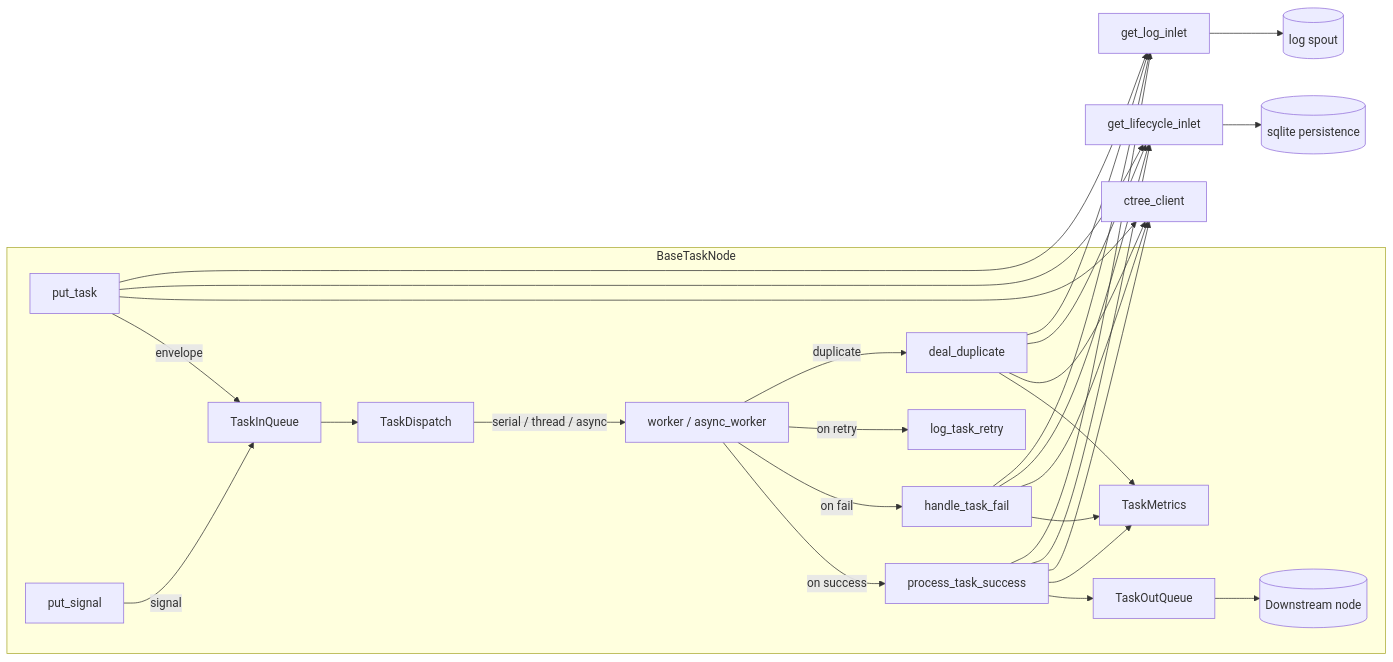
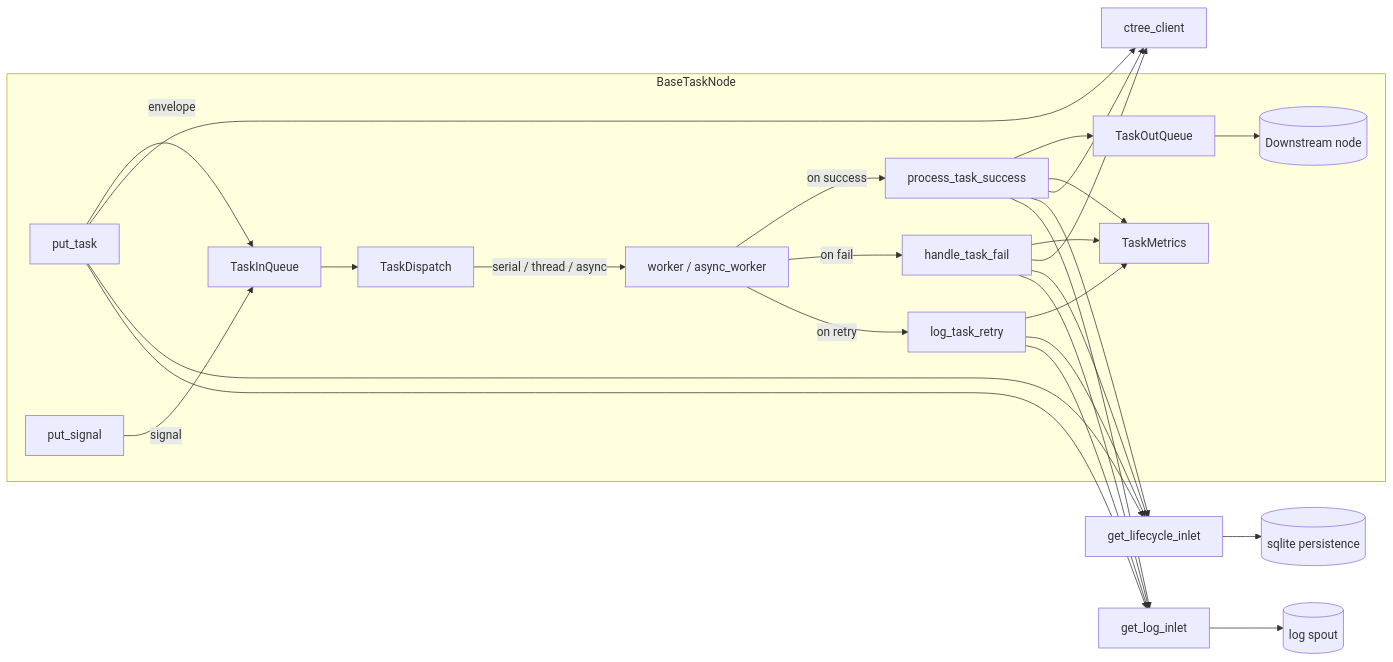
The second of 2 diagrams in docs/en/src/node/core_node.md (Mr-xiaotian/CelestialFlow), drawn with Mermaid before and after one commit. The commit also changed other lines of this file and 211 other files, not shown here.

````diff
--- a/docs/en/src/node/core_node.md
+++ b/docs/en/src/node/core_node.md
@@ -181,34 +200,32 @@
 ```mermaid
 flowchart LR
     subgraph "BaseTaskNode"
         PutTask[put_task] -->|envelope| TaskQueue[TaskInQueue]
         PutSignal[put_signal] -->|signal| TaskQueue
         TaskQueue --> Dispatch[TaskDispatch]
         Dispatch -->|serial / thread / async| Worker[worker / async_worker]
         Worker -->|on success| PTS[process_task_success]
         Worker -->|on fail| HTF[handle_task_fail]
         Worker -->|on retry| LTR[log_task_retry]
-        Worker -->|duplicate| DD[deal_duplicate]
-        PTS --> ResultQueue[TaskOutQueue]
-        ResultQueue --> Downstream[(Downstream node)]
+        PTS --> YieldQueue[TaskOutQueue]
+        YieldQueue --> Downstream[(Downstream node)]
         PTS --> Metrics[TaskMetrics]
         HTF --> Metrics
-        DD --> Metrics
+        LTR --> Metrics
     end
 
     PutTask --> CT[ctree_client]
     HTF --> CT
-    DD --> CT
     PTS --> CT
 
     PutTask --> LCI[get_lifecycle_inlet]
     PutTask --> GLI[get_log_inlet]
     PTS --> LCI
     PTS --> GLI
     HTF --> LCI
     HTF --> GLI
-    DD --> LCI
-    DD --> GLI
+    LTR --> LCI
+    LTR --> GLI
     LCI --> SQLite[(sqlite persistence)]
     GLI --> LogStore[(log spout)]
 ```
````
